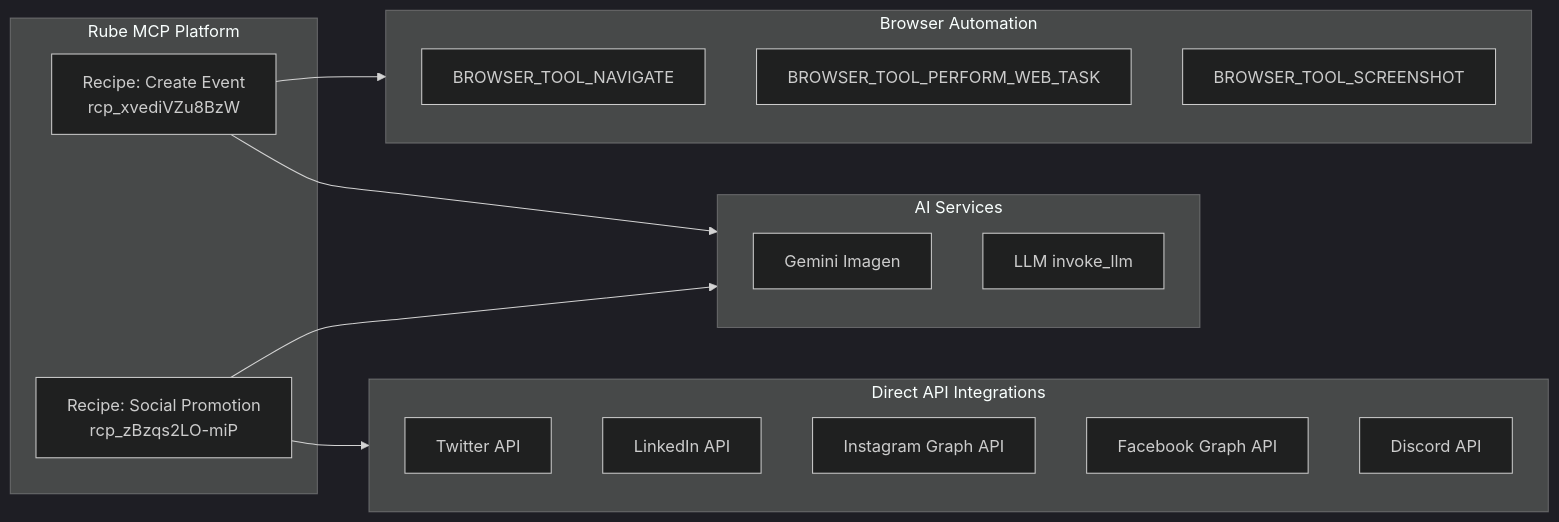
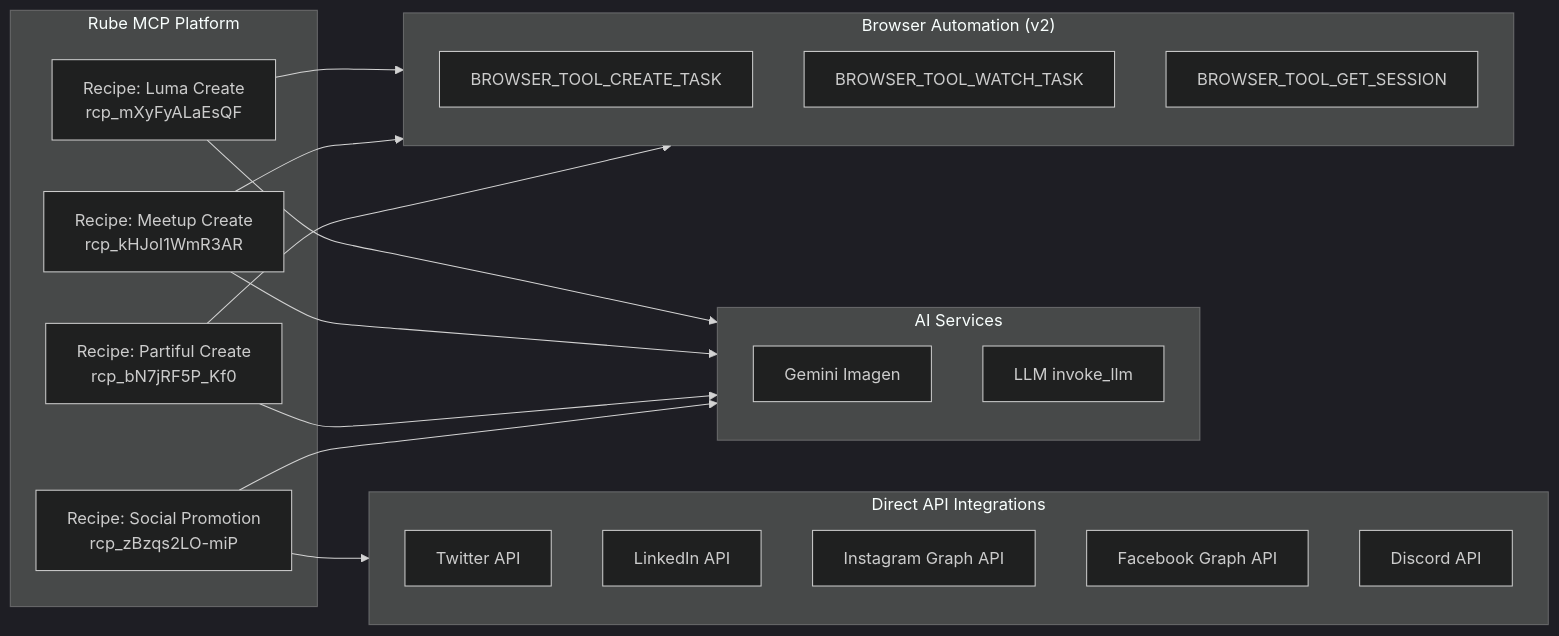
Before and after one commit to Coffee-Code-Philly-Accelerator/CCP-Digital-Marketing: the second of 6 diagrams in README.md, drawn with Mermaid (dark theme). The commit also changed other lines of this file and 83 other files, not shown here.

````diff
--- a/README.md
+++ b/README.md
@@ -62,31 +62,33 @@
 ```mermaid
 flowchart LR
     subgraph Rube["Rube MCP Platform"]
-        R1[Recipe: Create Event<br/>rcp_xvediVZu8BzW]
-        R2[Recipe: Social Promotion<br/>rcp_zBzqs2LO-miP]
+        R1[Recipe: Luma Create<br/>rcp_mXyFyALaEsQF]
+        R2[Recipe: Meetup Create<br/>rcp_kHJoI1WmR3AR]
+        R3[Recipe: Partiful Create<br/>rcp_bN7jRF5P_Kf0]
+        R4[Recipe: Social Promotion<br/>rcp_zBzqs2LO-miP]
     end
 
-    subgraph Browser["Browser Automation"]
-        BA[BROWSER_TOOL_NAVIGATE]
-        BB[BROWSER_TOOL_PERFORM_WEB_TASK]
-        BC[BROWSER_TOOL_SCREENSHOT]
+    subgraph Browser["Browser Automation (v2)"]
+        BA[BROWSER_TOOL_CREATE_TASK]
+        BB[BROWSER_TOOL_WATCH_TASK]
+        BC[BROWSER_TOOL_GET_SESSION]
     end
 
     subgraph APIs["Direct API Integrations"]
         API1[Twitter API]
         API2[LinkedIn API]
         API3[Instagram Graph API]
         API4[Facebook Graph API]
         API5[Discord API]
     end
 
     subgraph AI["AI Services"]
         AI1[Gemini Imagen]
         AI2[LLM invoke_llm]
     end
 
-    R1 --> Browser
-    R1 --> AI
-    R2 --> APIs
-    R2 --> AI
+    R1 & R2 & R3 --> Browser
+    R1 & R2 & R3 --> AI
+    R4 --> APIs
+    R4 --> AI
 ```
````
